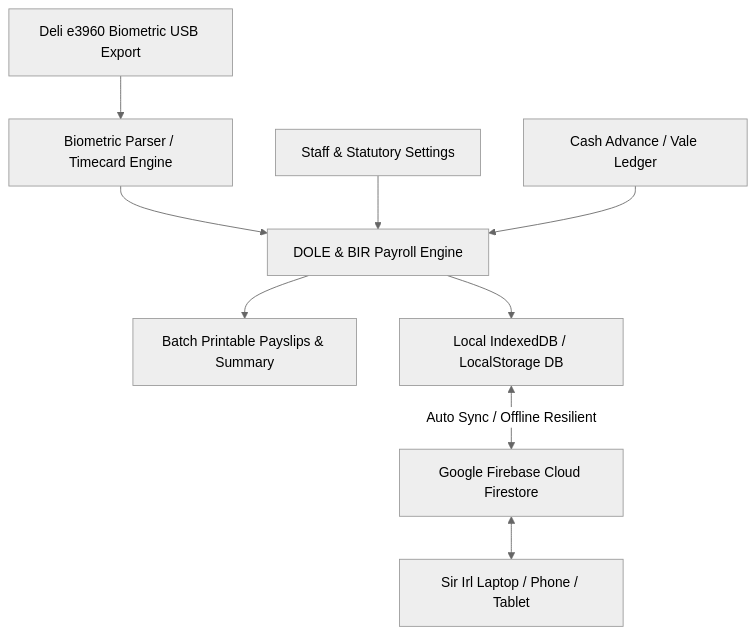
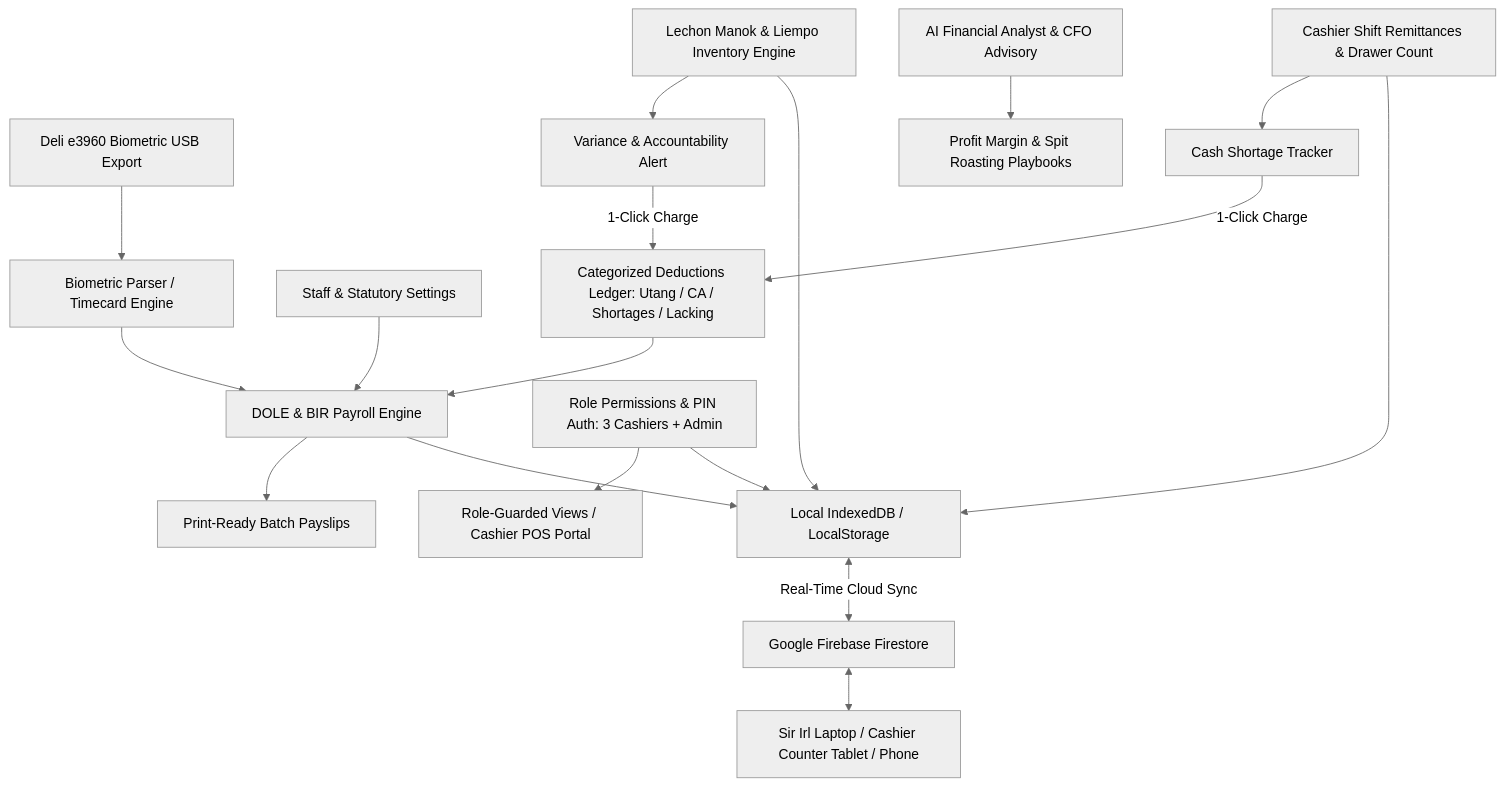
The first of 2 diagrams in project.md (jasonvelasquez1410/rons-chicken-payroll), drawn with Mermaid (neutral theme) before and after one commit. The commit also changed other lines of this file and 6 other files, not shown here.

Commit message:
feat(erp): implement custom ERP suite with 3 cashier permissions, lechon inventory, and deductions ledger

````diff
--- a/project.md
+++ b/project.md
@@ -23,11 +29,21 @@
 ```mermaid
 graph TD
     A[Deli e3960 Biometric USB Export] --> B[Biometric Parser / Timecard Engine]
     B --> C[DOLE & BIR Payroll Engine]
     D[Staff & Statutory Settings] --> C
-    E[Cash Advance / Vale Ledger] --> C
-    C --> F[Batch Printable Payslips & Summary]
-    C --> G[Local IndexedDB / LocalStorage DB]
-    G <-->|Auto Sync / Offline Resilient| H[Google Firebase Cloud Firestore]
-    H <--> I[Sir Irl Laptop / Phone / Tablet]
+    E[Categorized Deductions Ledger: Utang / CA / Shortages / Lacking] --> C
+    C --> F[Print-Ready Batch Payslips]
+    
+    G[Lechon Manok & Liempo Inventory Engine] --> H[Variance & Accountability Alert]
+    H -->|1-Click Charge| E
+    
+    I[Cashier Shift Remittances & Drawer Count] --> J[Cash Shortage Tracker]
+    J -->|1-Click Charge| E
+    
+    K[Role Permissions & PIN Auth: 3 Cashiers + Admin] --> L[Role-Guarded Views / Cashier POS Portal]
+    M[AI Financial Analyst & CFO Advisory] --> N[Profit Margin & Spit Roasting Playbooks]
+    
+    C & G & I & K --> O[Local IndexedDB / LocalStorage]
+    O <-->|Real-Time Cloud Sync| P[Google Firebase Firestore]
+    P <--> Q[Sir Irl Laptop / Cashier Counter Tablet / Phone]
 ```
````
